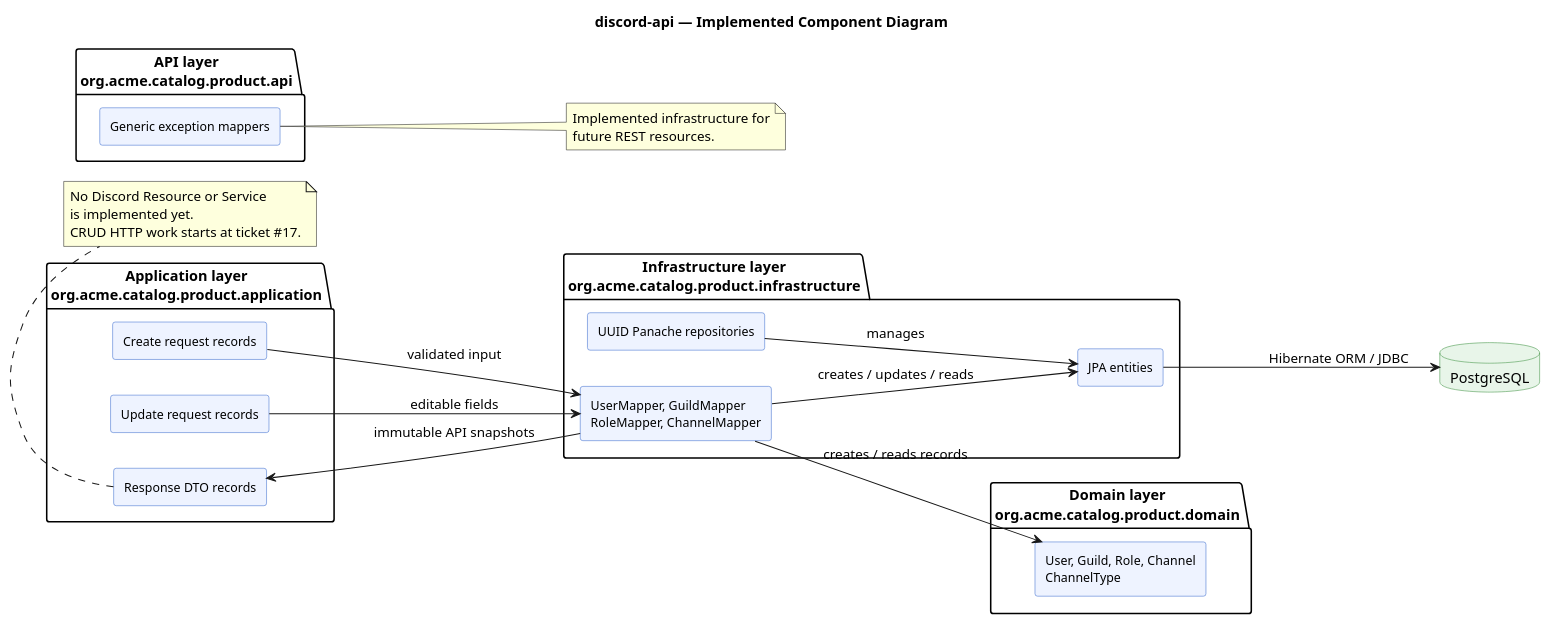
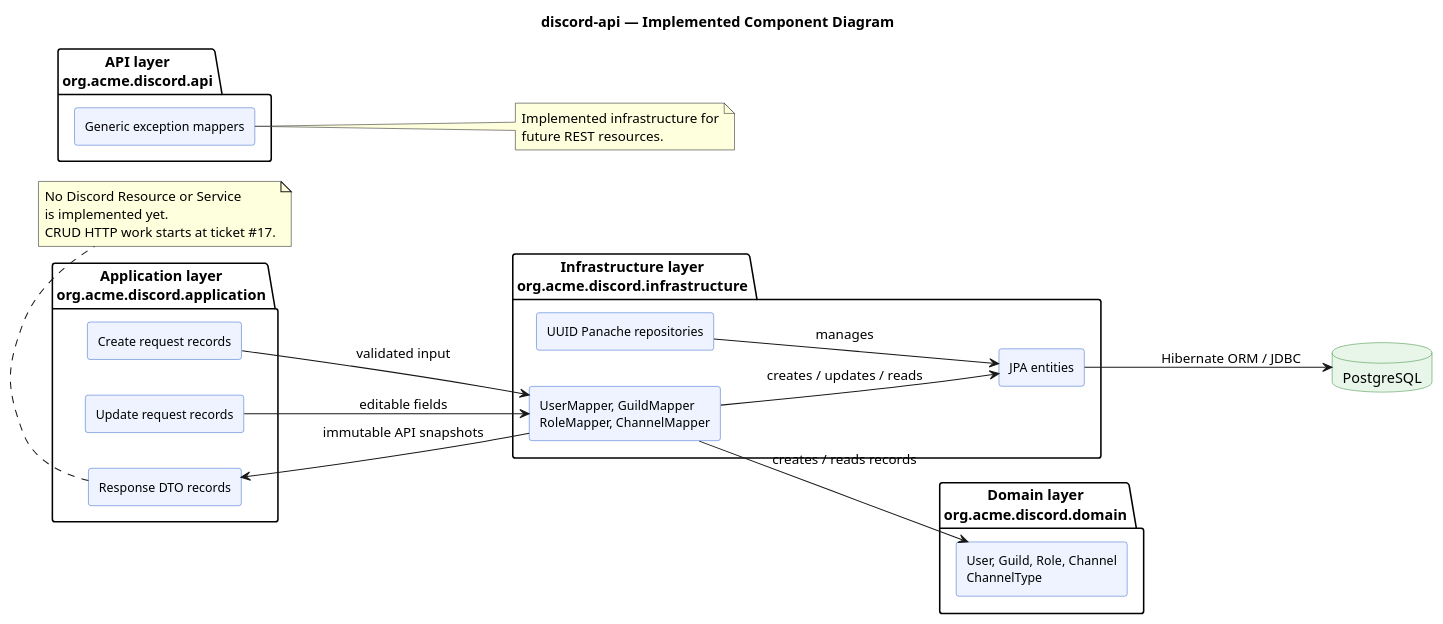
One commit to lorenzo-marandon/projet-semestriel-discord changed the diagram in docs/30-architecture/component-diagram.puml. Above: the diagram before and after it, drawn with PlantUML. The commit also changed 87 other files, not shown here.

Commit message:
refactor: migrer les packages Java vers org.acme.discord

```diff
--- a/docs/30-architecture/component-diagram.puml
+++ b/docs/30-architecture/component-diagram.puml
@@ -1,56 +1,56 @@
 @startuml
 title discord-api — Implemented Component Diagram
 left to right direction
 
 skinparam componentStyle rectangle
 skinparam component {
   BackgroundColor #EEF3FF
   BorderColor #3366CC
   FontSize 12
 }
 skinparam database {
   BackgroundColor #E8F5E9
   BorderColor #388E3C
 }
 
-package "API layer\norg.acme.catalog.product.api" {
+package "API layer\norg.acme.discord.api" {
   component "Generic exception mappers" as Errors
 }
 
-package "Application layer\norg.acme.catalog.product.application" {
+package "Application layer\norg.acme.discord.application" {
   component "Create request records" as CreateRequests
   component "Update request records" as UpdateRequests
   component "Response DTO records" as Responses
 }
 
-package "Domain layer\norg.acme.catalog.product.domain" {
+package "Domain layer\norg.acme.discord.domain" {
   component "User, Guild, Role, Channel\nChannelType" as Domain
 }
 
-package "Infrastructure layer\norg.acme.catalog.product.infrastructure" {
+package "Infrastructure layer\norg.acme.discord.infrastructure" {
   component "UserMapper, GuildMapper\nRoleMapper, ChannelMapper" as Mappers
   component "JPA entities" as Entities
   component "UUID Panache repositories" as Repositories
 }
 
 database "PostgreSQL" as Database
 
 CreateRequests --> Mappers : validated input
 UpdateRequests --> Mappers : editable fields
 Mappers --> Domain : creates / reads records
 Mappers --> Entities : creates / updates / reads
 Mappers --> Responses : immutable API snapshots
 Repositories --> Entities : manages
 Entities --> Database : Hibernate ORM / JDBC
 
 note right of Errors
   Implemented infrastructure for
   future REST resources.
 end note
 
 note bottom of Responses
   No Discord Resource or Service
   is implemented yet.
   CRUD HTTP work starts at ticket #17.
 end note
 @enduml
```
